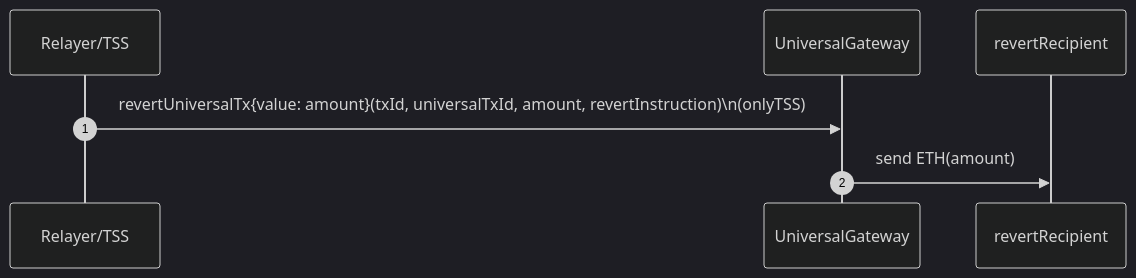
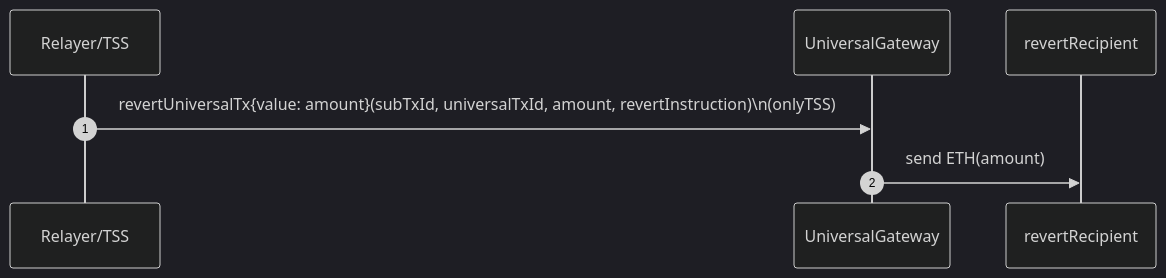
Before and after one commit to pushchain/push-chain-gateway-contracts: the sixth of 6 diagrams in contracts/evm-gateway/docs/4_OutboundTx_Flows.md, drawn with Mermaid (dark theme). The commit also changed other lines of this file and 19 other files, not shown here.

````diff
--- a/contracts/evm-gateway/docs/4_OutboundTx_Flows.md
+++ b/contracts/evm-gateway/docs/4_OutboundTx_Flows.md
@@ -205,10 +205,10 @@
 ```mermaid
 sequenceDiagram
     autonumber
     participant TSS as Relayer/TSS
     participant G as UniversalGateway
     participant R as revertRecipient
 
-    TSS->>G: revertUniversalTx{value: amount}(txId, universalTxId, amount, revertInstruction)\n(onlyTSS)
+    TSS->>G: revertUniversalTx{value: amount}(subTxId, universalTxId, amount, revertInstruction)\n(onlyTSS)
     G->>R: send ETH(amount)
 ```
````
